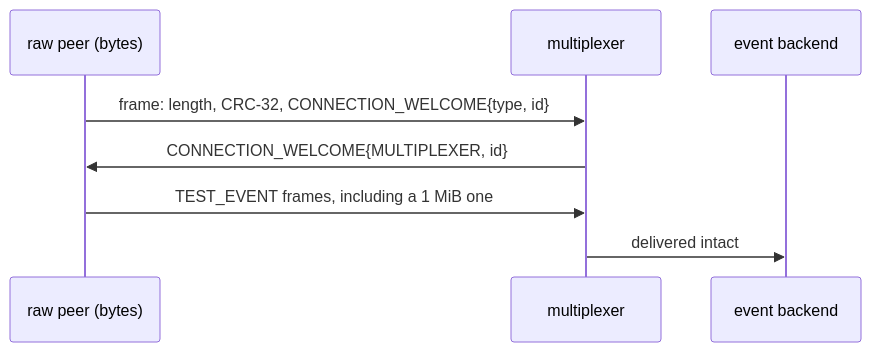
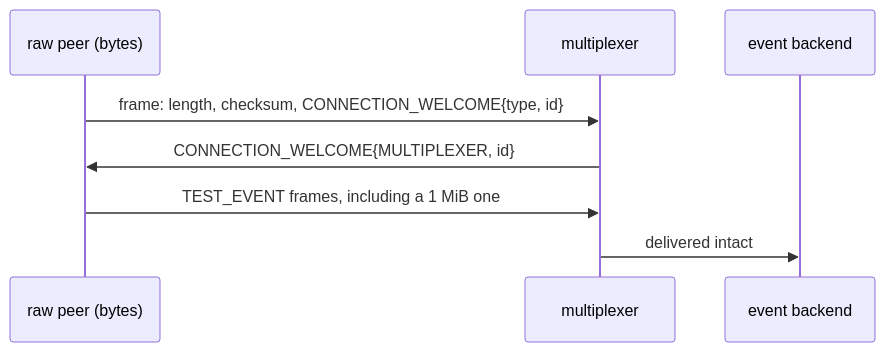
The diagram in tests/scenarios/raw_protocol/README.md (kulewski/multiplexer), drawn with Mermaid before and after one commit. The commit also changed other lines of this file and 48 other files, not shown here.

````diff
--- a/tests/scenarios/raw_protocol/README.md
+++ b/tests/scenarios/raw_protocol/README.md
@@ -10,10 +10,10 @@
 ```mermaid
 sequenceDiagram
     participant P as raw peer (bytes)
     participant M as multiplexer
     participant L as event backend
-    P->>M: frame: length, CRC-32, CONNECTION_WELCOME{type, id}
+    P->>M: frame: length, checksum, CONNECTION_WELCOME{type, id}
     M->>P: CONNECTION_WELCOME{MULTIPLEXER, id}
     P->>M: TEST_EVENT frames, including a 1 MiB one
     M->>L: delivered intact
 ```
````
